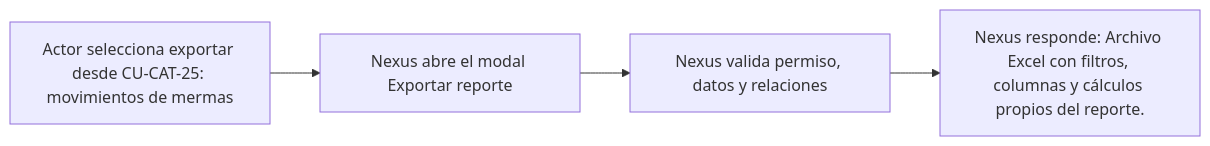
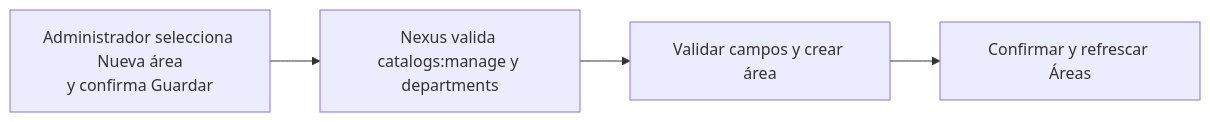
The diagram in docs/requirements/diagrams/catalogs/cu-cat-26.md (gpgsistemas01/nexus), drawn with Mermaid before and after one commit. The commit also changed other lines of this file and 207 other files, not shown here.

````diff
--- a/docs/requirements/diagrams/catalogs/cu-cat-26.md
+++ b/docs/requirements/diagrams/catalogs/cu-cat-26.md
@@ -3,6 +3,6 @@
 ```mermaid
 flowchart LR
-    request["Actor selecciona exportar desde CU-CAT-25: movimientos de mermas"] --> modal["Nexus abre el modal Exportar reporte"]
-    modal --> validate["Nexus valida permiso, datos y relaciones"]
-    validate --> result["Nexus responde: Archivo Excel con filtros, columnas y cálculos propios del reporte."]
+    request["Administrador selecciona Nueva área<br/>y confirma Guardar"] --> authorize["Nexus valida catalogs:manage y departments"]
+    authorize --> persist["Validar campos y crear área"]
+    persist --> result["Confirmar y refrescar Áreas"]
 ```
````
